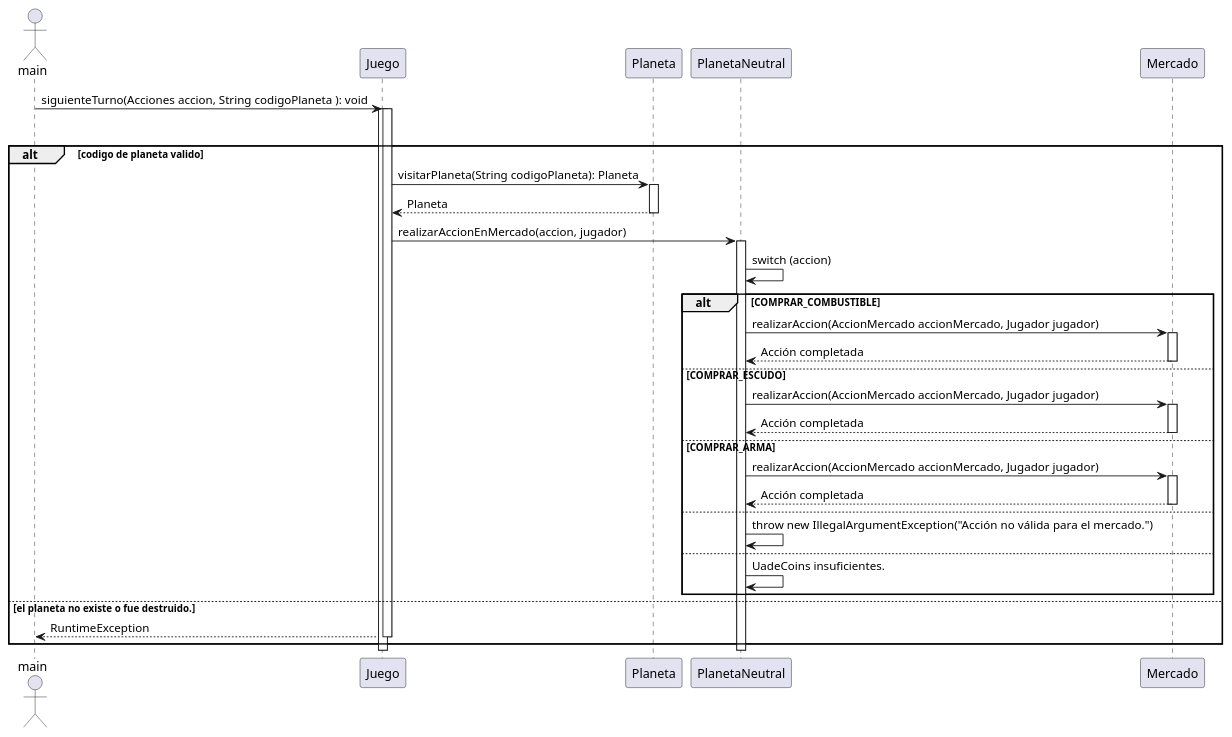
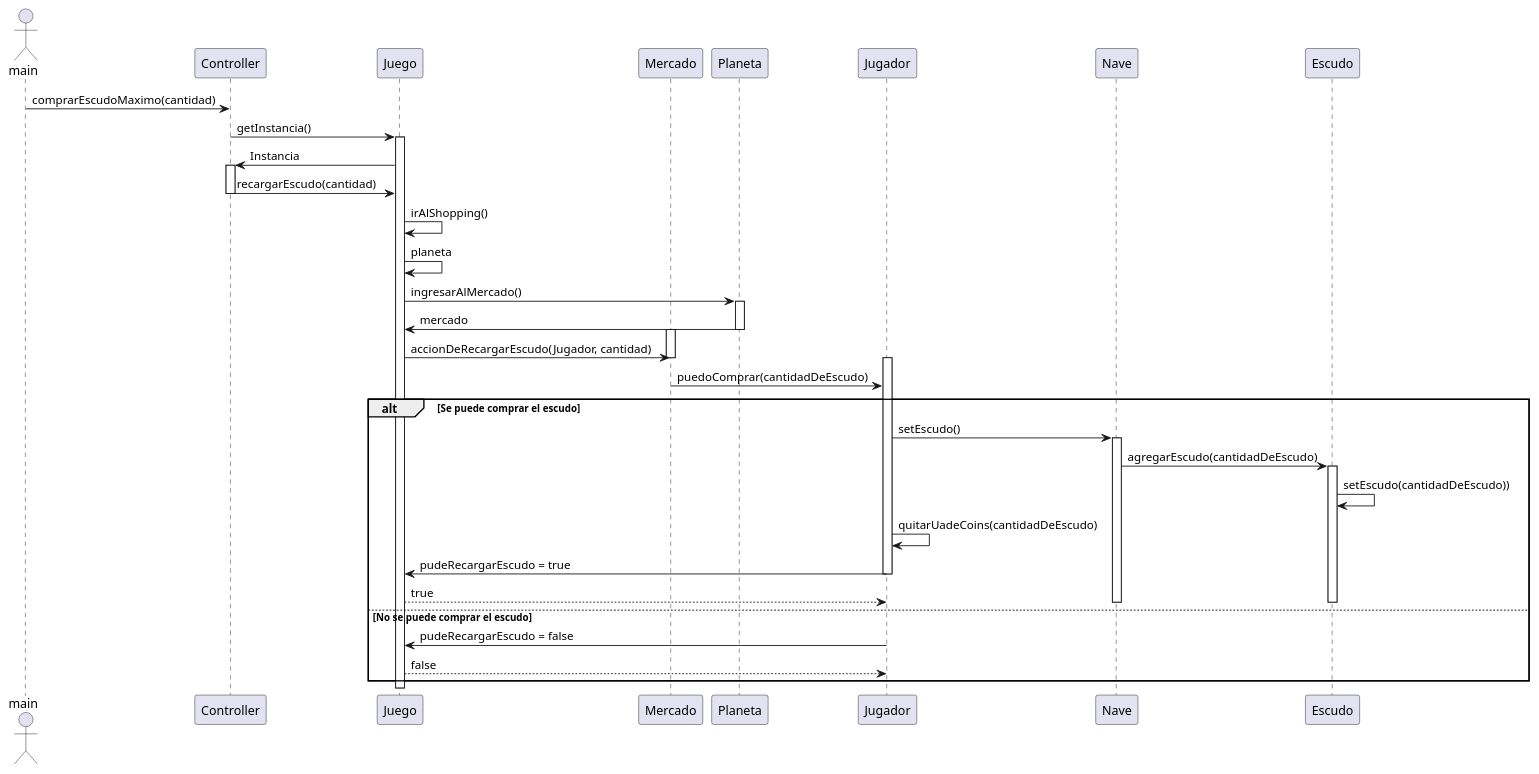
The diagram in src/main/java/org/example/Diagrams/TPO_SequenceDiagramMarketItem.puml (ianlio-git/LostGalaxy), drawn with PlantUML before and after one commit. The commit also changed 12 other files, not shown here.

Commit message:
si hago otro diagrama de secuencia me paso a industrial

```diff
--- a/src/main/java/org/example/Diagrams/TPO_SequenceDiagramMarketItem.puml
+++ b/src/main/java/org/example/Diagrams/TPO_SequenceDiagramMarketItem.puml
@@ -1,45 +1,45 @@
-@startuml
 actor main
+participant Controller
+participant Juego
+participant Mercado
+participant Planeta
+participant Jugador
+participant Nave
+participant Escudo
 
-main -> Juego: siguienteTurno(Acciones accion, String codigoPlaneta ): void
+main -> Controller : comprarEscudoMaximo(cantidad)
+Controller -> Juego : getInstancia()
 activate Juego
-    loop busca planeta segun codigo
-        alt codigo de planeta valido
-            activate Juego
-                Juego -> Planeta: visitarPlaneta(String codigoPlaneta): Planeta
-            activate Planeta
-                Planeta --> Juego: Planeta
-            deactivate Planeta
-
-Juego -> PlanetaNeutral : realizarAccionEnMercado(accion, jugador)
-activate PlanetaNeutral
-
-PlanetaNeutral -> PlanetaNeutral : switch (accion)
-alt COMPRAR_COMBUSTIBLE
-    PlanetaNeutral -> Mercado : realizarAccion(AccionMercado accionMercado, Jugador jugador)
-    activate Mercado
-    Mercado --> PlanetaNeutral: Acción completada
-    deactivate Mercado
-else COMPRAR_ESCUDO
-    PlanetaNeutral -> Mercado : realizarAccion(AccionMercado accionMercado, Jugador jugador)
-    activate Mercado
-    Mercado --> PlanetaNeutral: Acción completada
-    deactivate Mercado
-else COMPRAR_ARMA
-    PlanetaNeutral -> Mercado : realizarAccion(AccionMercado accionMercado, Jugador jugador)
-    activate Mercado
-    Mercado --> PlanetaNeutral: Acción completada
-    deactivate Mercado
-else
-    PlanetaNeutral -> PlanetaNeutral : throw new IllegalArgumentException("Acción no válida para el mercado.")
-else
-    PlanetaNeutral -> PlanetaNeutral : UadeCoins insuficientes.
-end
-      else el planeta no existe o fue destruido.
-                Juego --> main : RuntimeException
-            deactivate Juego
+Juego -> Controller : Instancia
+activate Controller
+Controller -> Juego : recargarEscudo(cantidad)
+deactivate Controller
+Juego -> Juego : irAlShopping()
+Juego -> Juego : planeta
+Juego -> Planeta : ingresarAlMercado()
+activate Planeta
+Planeta -> Juego : mercado
+deactivate Planeta
+activate Mercado
+Juego -> Mercado : accionDeRecargarEscudo(Jugador, cantidad)
+deactivate Mercado
+activate Jugador
+Mercado -> Jugador: puedoComprar(cantidadDeEscudo)
+alt Se puede comprar el escudo
+    Jugador -> Nave: setEscudo()
+    activate Nave
+    Nave -> Escudo: agregarEscudo(cantidadDeEscudo)
+    activate Escudo
+    Escudo -> Escudo: setEscudo(cantidadDeEscudo))
+    Jugador -> Jugador: quitarUadeCoins(cantidadDeEscudo)
+    Jugador -> Juego: pudeRecargarEscudo = true
+    deactivate Jugador
+    Juego --> Jugador: true
+    deactivate Nave
+    deactivate Escudo
+else No se puede comprar el escudo
+    Jugador -> Juego: pudeRecargarEscudo = false
+    Juego --> Jugador: false
 end
 
-deactivate PlanetaNeutral
-deactivate Juego
 @enduml
```
